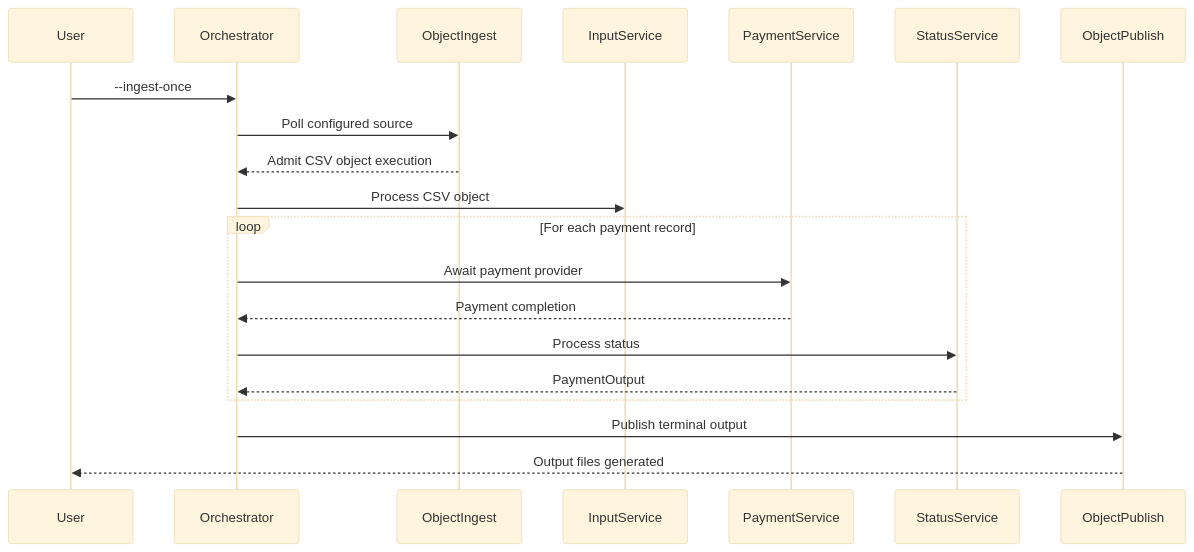
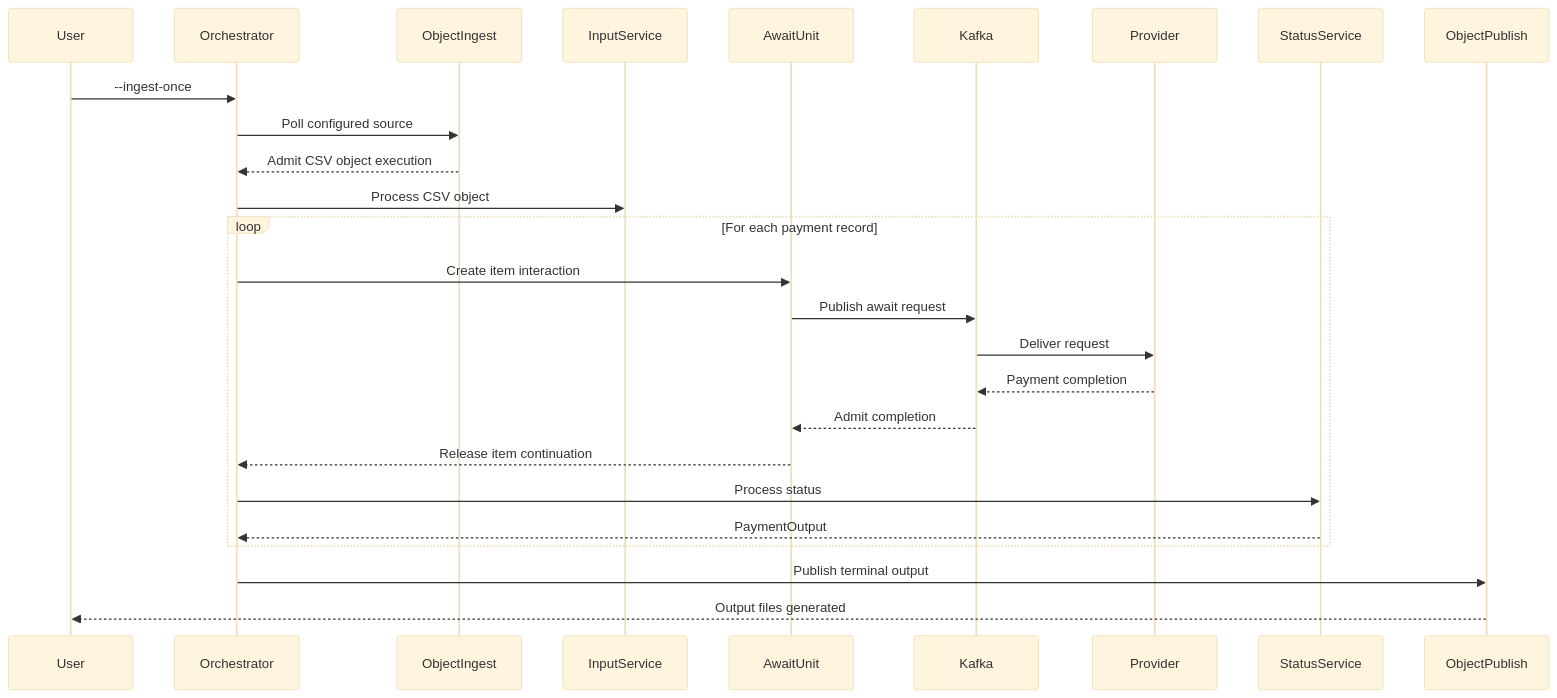
The second of 2 diagrams in examples/csv-payments/orchestrator-svc/README.md (The-Pipeline-Framework/pipelineframework), drawn with Mermaid (base theme) before and after one commit. The commit also changed 14 other files, not shown here.

````diff
--- a/examples/csv-payments/orchestrator-svc/README.md
+++ b/examples/csv-payments/orchestrator-svc/README.md
@@ -69,23 +69,29 @@
 ```mermaid
 sequenceDiagram
     participant User
     participant Orchestrator
     participant ObjectIngest
     participant InputService
-    participant PaymentService
+    participant AwaitUnit
+    participant Kafka
+    participant Provider
     participant StatusService
     participant ObjectPublish
     
     User->>Orchestrator: --ingest-once
     Orchestrator->>ObjectIngest: Poll configured source
     ObjectIngest-->>Orchestrator: Admit CSV object execution
     Orchestrator->>InputService: Process CSV object
     loop For each payment record
-        Orchestrator->>PaymentService: Await payment provider
-        PaymentService-->>Orchestrator: Payment completion
+        Orchestrator->>AwaitUnit: Create item interaction
+        AwaitUnit->>Kafka: Publish await request
+        Kafka->>Provider: Deliver request
+        Provider-->>Kafka: Payment completion
+        Kafka-->>AwaitUnit: Admit completion
+        AwaitUnit-->>Orchestrator: Release item continuation
         Orchestrator->>StatusService: Process status
         StatusService-->>Orchestrator: PaymentOutput
     end
     Orchestrator->>ObjectPublish: Publish terminal output
     ObjectPublish-->>User: Output files generated
 ```
````
